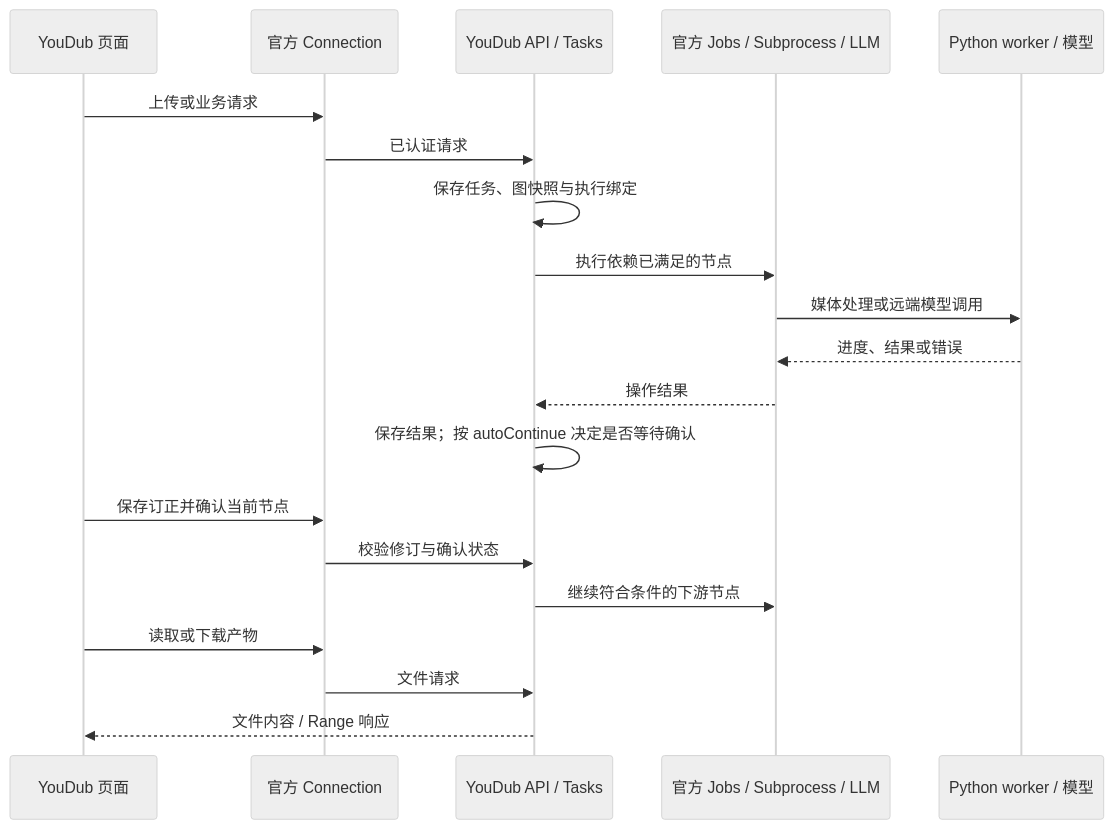
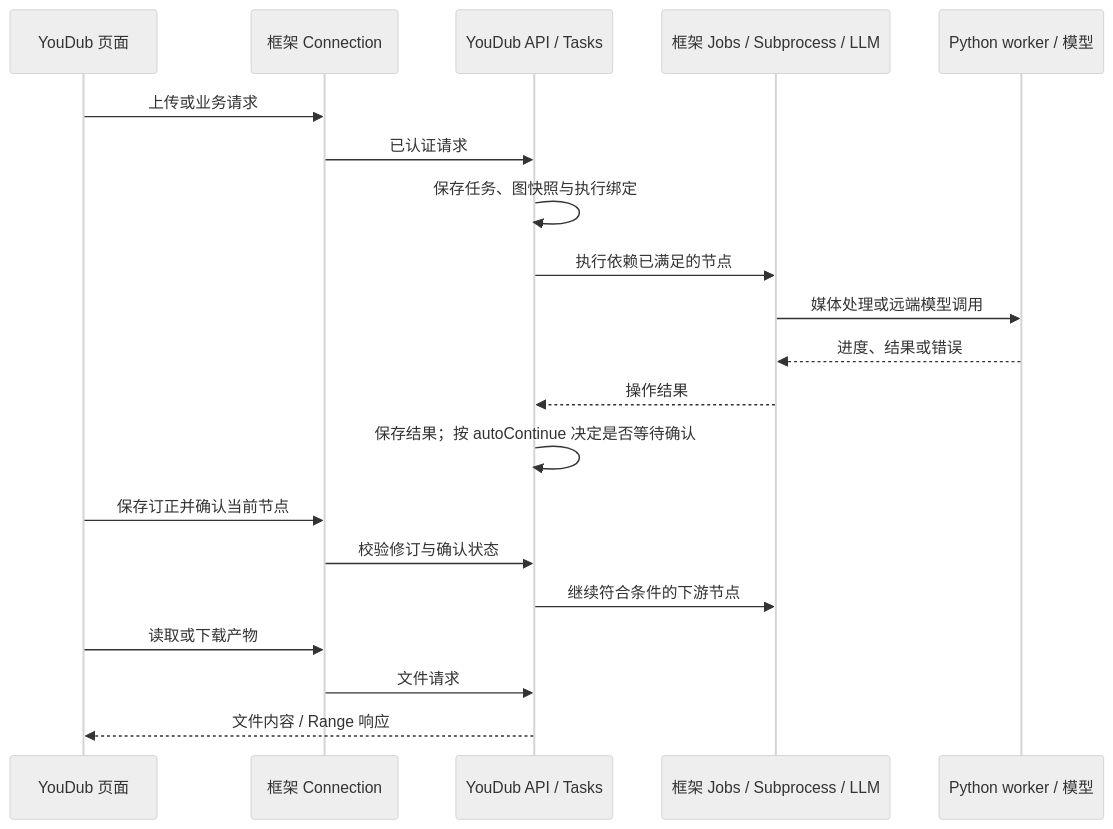
One commit to liuzhao1225/YouDub-webui changed the second of 2 diagrams in apps/harness/docs/ARCHITECTURE.md. Above: the diagram before and after it, drawn with Mermaid (neutral theme). The commit also changed other lines of this file and 222 other files, not shown here.

````diff
--- a/apps/harness/docs/ARCHITECTURE.md
+++ b/apps/harness/docs/ARCHITECTURE.md
@@ -87,22 +103,22 @@
 ```mermaid
 sequenceDiagram
   participant UI as YouDub 页面
-  participant C as 官方 Connection
+  participant C as 框架 Connection
   participant D as YouDub API / Tasks
-  participant J as 官方 Jobs / Subprocess / LLM
+  participant J as 框架 Jobs / Subprocess / LLM
   participant W as Python worker / 模型
   UI->>C: 上传或业务请求
   C->>D: 已认证请求
   D->>D: 保存任务、图快照与执行绑定
   D->>J: 执行依赖已满足的节点
   J->>W: 媒体处理或远端模型调用
   W-->>J: 进度、结果或错误
   J-->>D: 操作结果
   D->>D: 保存结果；按 autoContinue 决定是否等待确认
   UI->>C: 保存订正并确认当前节点
   C->>D: 校验修订与确认状态
   D->>J: 继续符合条件的下游节点
   UI->>C: 读取或下载产物
   C->>D: 文件请求
   D-->>UI: 文件内容 / Range 响应
 ```
````
